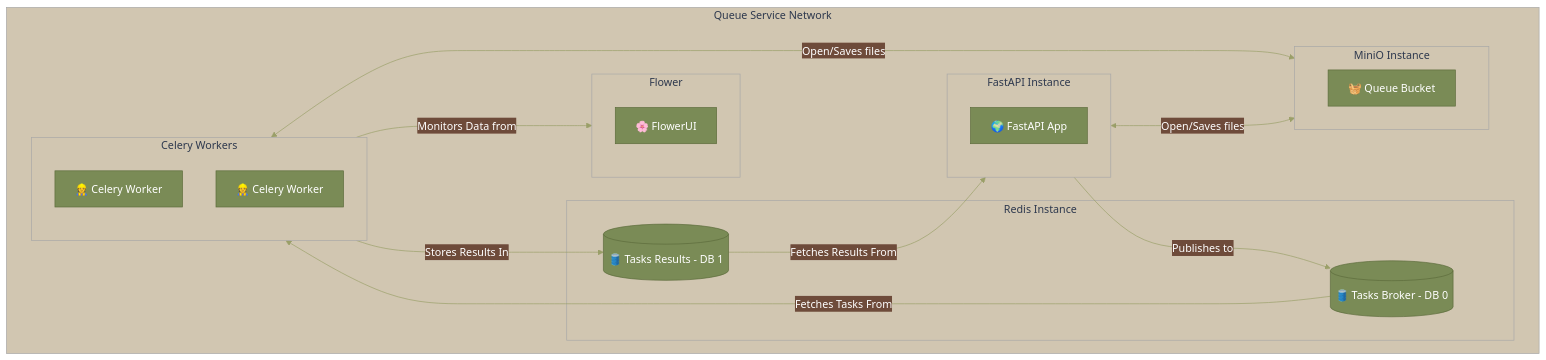
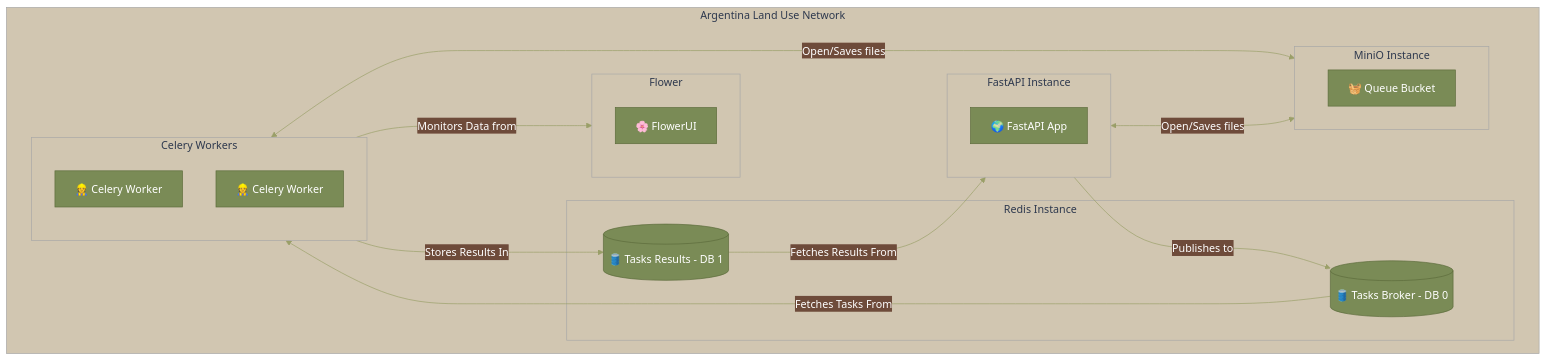
The diagram in virtual-machine/README.md (OmdenaAI/CordobaArgentinaChapter_MonitoringLandUseTransformation), drawn with Mermaid before and after one commit. The commit also changed other lines of this file and 6 other files, not shown here.

````diff
--- a/virtual-machine/README.md
+++ b/virtual-machine/README.md
@@ -5,57 +5,57 @@
 ```mermaid
 %%{
   init: {
     'theme': 'base',
     'themeVariables': {
       'primaryColor': '#7A8B56',
       'primaryTextColor': '#FFFFFF',
       'primaryBorderColor': '#5C6B3B',
       'lineColor': '#9A9F68',
       'secondaryColor': '#6E4B3A',
       'tertiaryColor': '#D1C6B1'
     }
   }
 }%%
 
 graph TB;
 
-    subgraph Network[Queue Service Network]
+    subgraph Network[Argentina Land Use Network]
         Redis
         CeleryWorkers
         Flower
         FastAPI
         MiniO
     end
     
     subgraph CeleryWorkers[Celery Workers]
         Worker1["👷 Celery Worker"]
         WorkerN["👷 Celery Worker"]
     end
 
     subgraph Flower[Flower]
       FlowerUI["🌸 FlowerUI"]
     end
 
     subgraph Redis[Redis Instance]
         RedisBroker@{ shape: cyl, label: "🛢️ Tasks Broker - DB 0" }
         RedisBackend@{ shape: cyl, label: "🛢️ Tasks Results - DB 1" }
     end
 
     subgraph FastAPI[FastAPI Instance]
         API["🌍 FastAPI App"]
     end
 
     subgraph MiniO[MiniO Instance]
       QueueBucket["🧺 Queue Bucket"]
     end
 
     CeleryWorkers --->|Stores Results In| RedisBackend
     CeleryWorkers --->|Monitors Data from| Flower
     RedisBackend --->|Fetches Results From | FastAPI
     CeleryWorkers <--->|Open/Saves files| MiniO
     FastAPI <--->|Open/Saves files| MiniO
     FastAPI --->|Publishes to| RedisBroker 
     RedisBroker --->|Fetches Tasks From| CeleryWorkers  
 
 
 ```
````
